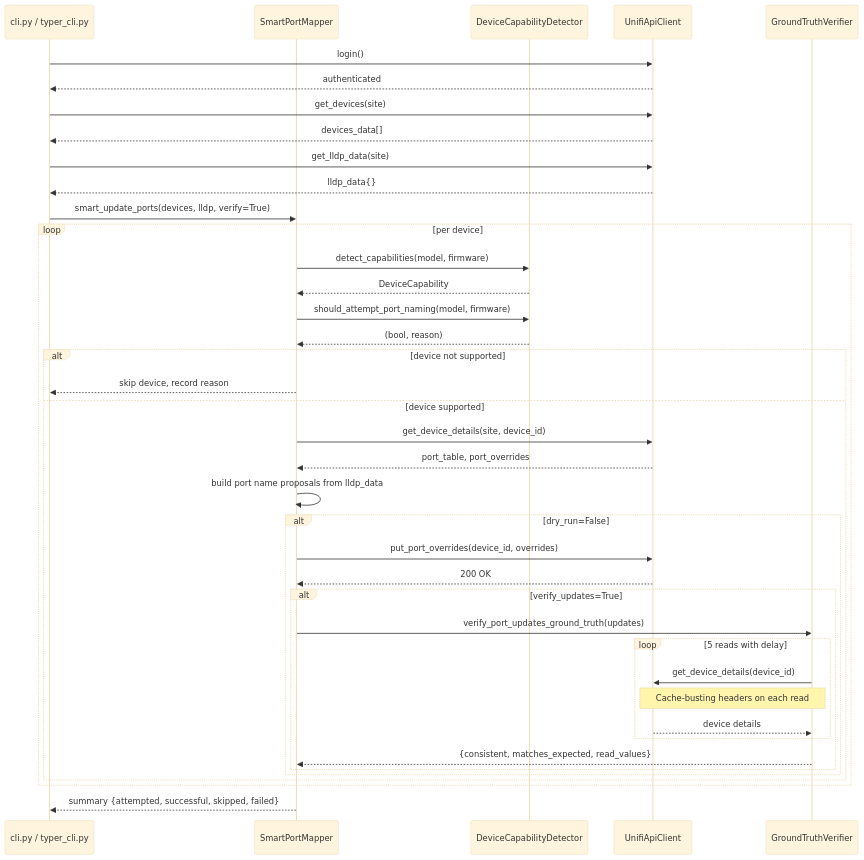
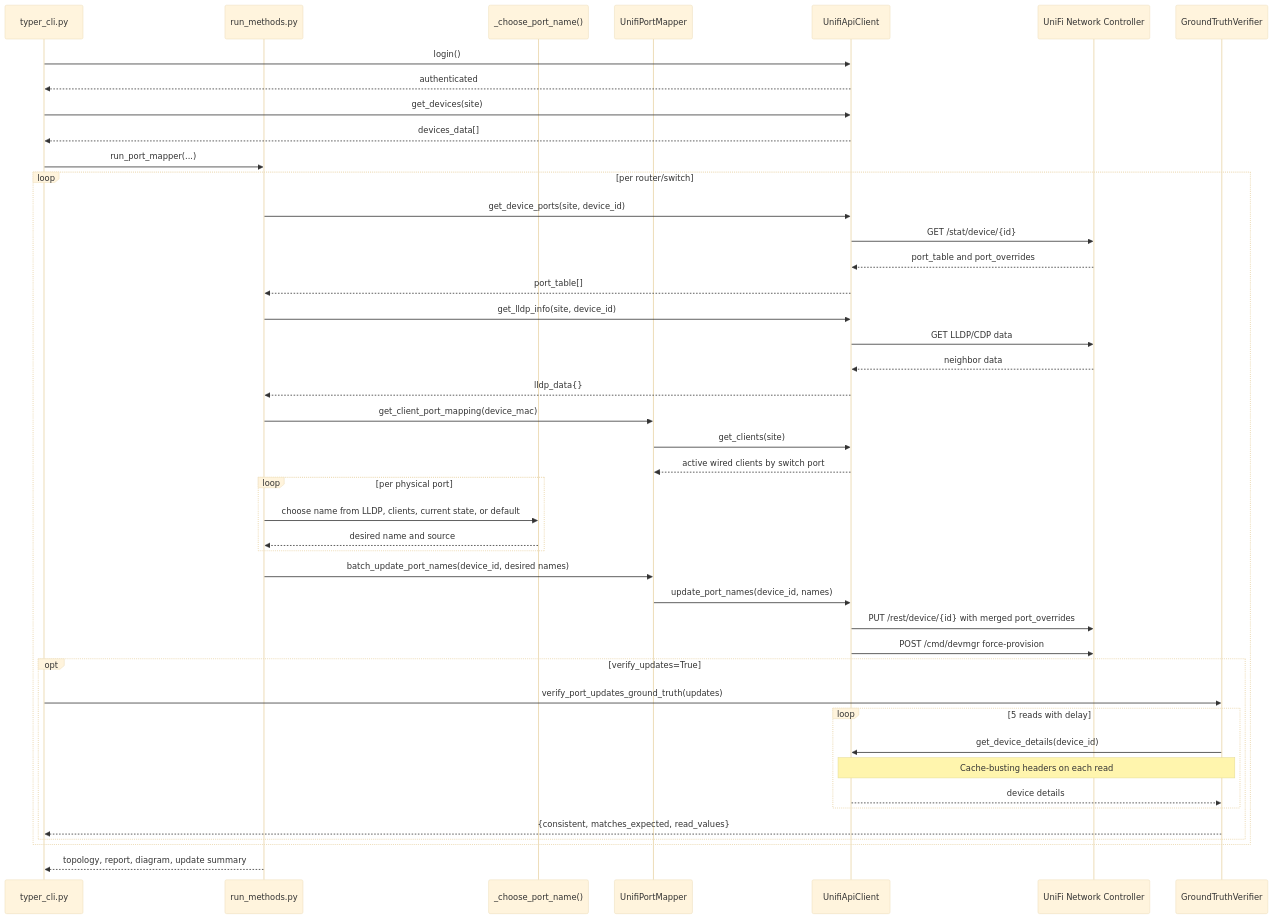
Diagram 15 of 21 in docs/architecture/architecture-overview.md (NetDevAutomate/unifi_management_cli), drawn with Mermaid (base theme) before and after one commit. The commit also changed other lines of this file and 5 other files, not shown here.

First line of the commit message:
fix(port-naming): persist desired switch port labels

````diff
--- a/docs/architecture/architecture-overview.md
+++ b/docs/architecture/architecture-overview.md
@@ -1041,53 +1047,56 @@
 ```mermaid
 sequenceDiagram
-    participant CLI as cli.py / typer_cli.py
-    participant SPM as SmartPortMapper
-    participant DC as DeviceCapabilityDetector
+    participant CLI as typer_cli.py
+    participant Run as run_methods.py
+    participant Naming as _choose_port_name()
+    participant Mapper as UnifiPortMapper
     participant API as UnifiApiClient
+    participant Controller as UniFi Network Controller
     participant GTV as GroundTruthVerifier
 
     CLI->>API: login()
     API-->>CLI: authenticated
 
     CLI->>API: get_devices(site)
     API-->>CLI: devices_data[]
 
-    CLI->>API: get_lldp_data(site)
-    API-->>CLI: lldp_data{}
+    CLI->>Run: run_port_mapper(...)
 
-    CLI->>SPM: smart_update_ports(devices, lldp, verify=True)
+    loop per router/switch
+        Run->>API: get_device_ports(site, device_id)
+        API->>Controller: GET /stat/device/{id}
+        Controller-->>API: port_table and port_overrides
+        API-->>Run: port_table[]
 
-    loop per device
-        SPM->>DC: detect_capabilities(model, firmware)
-        DC-->>SPM: DeviceCapability
+        Run->>API: get_lldp_info(site, device_id)
+        API->>Controller: GET LLDP/CDP data
+        Controller-->>API: neighbor data
+        API-->>Run: lldp_data{}
 
-        SPM->>DC: should_attempt_port_naming(model, firmware)
-        DC-->>SPM: (bool, reason)
+        Run->>Mapper: get_client_port_mapping(device_mac)
+        Mapper->>API: get_clients(site)
+        API-->>Mapper: active wired clients by switch port
 
-        alt device not supported
-            SPM-->>CLI: skip device, record reason
-        else device supported
-            SPM->>API: get_device_details(site, device_id)
-            API-->>SPM: port_table, port_overrides
+        loop per physical port
+            Run->>Naming: choose name from LLDP, clients, current state, or default
+            Naming-->>Run: desired name and source
+        end
 
-            SPM->>SPM: build port name proposals from lldp_data
+        Run->>Mapper: batch_update_port_names(device_id, desired names)
+        Mapper->>API: update_port_names(device_id, names)
+        API->>Controller: PUT /rest/device/{id} with merged port_overrides
+        API->>Controller: POST /cmd/devmgr force-provision
 
-            alt dry_run=False
-                SPM->>API: put_port_overrides(device_id, overrides)
-                API-->>SPM: 200 OK
-
-                alt verify_updates=True
-                    SPM->>GTV: verify_port_updates_ground_truth(updates)
-                    loop 5 reads with delay
-                        GTV->>API: get_device_details(device_id)
-                        Note over GTV,API: Cache-busting headers on each read
-                        API-->>GTV: device details
-                    end
-                    GTV-->>SPM: {consistent, matches_expected, read_values}
-                end
+        opt verify_updates=True
+            CLI->>GTV: verify_port_updates_ground_truth(updates)
+            loop 5 reads with delay
+                GTV->>API: get_device_details(device_id)
+                Note over GTV,API: Cache-busting headers on each read
+                API-->>GTV: device details
             end
+            GTV-->>CLI: {consistent, matches_expected, read_values}
         end
     end
 
-    SPM-->>CLI: summary {attempted, successful, skipped, failed}
+    Run-->>CLI: topology, report, diagram, update summary
 ```
````
